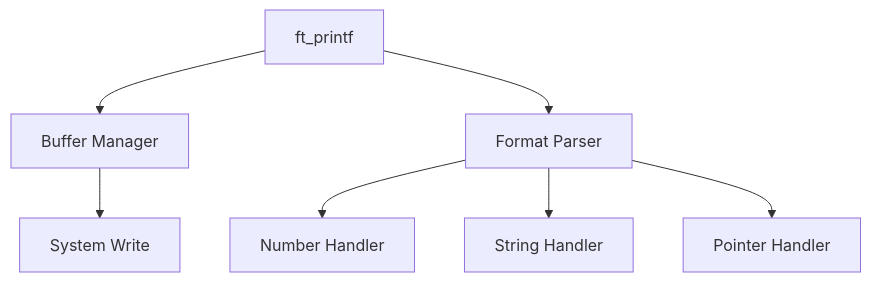
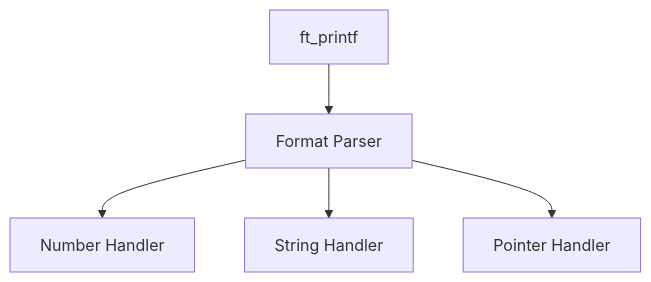
Before and after one commit to Yyunozor/ft_printf2: the diagram in README.md, drawn with Mermaid. The commit also changed other lines of this file, not shown here.

````diff
--- a/README.md
+++ b/README.md
@@ -61,9 +49,7 @@
 ```mermaid
 graph TD
-    A[ft_printf] --> B[Buffer Manager]
-    A --> C[Format Parser]
-    C --> D[Number Handler]
-    C --> E[String Handler]
-    C --> F[Pointer Handler]
-    B --> G[System Write]
+    A[ft_printf] --> B[Format Parser]
+    B --> C[Number Handler]
+    B --> D[String Handler]
+    B --> E[Pointer Handler]
 ```
````
